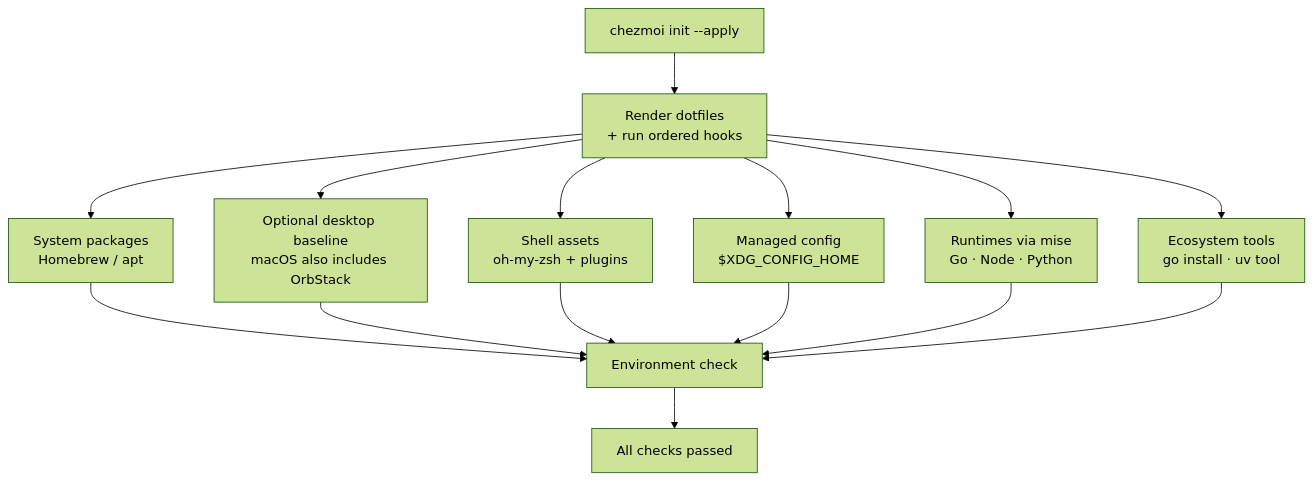
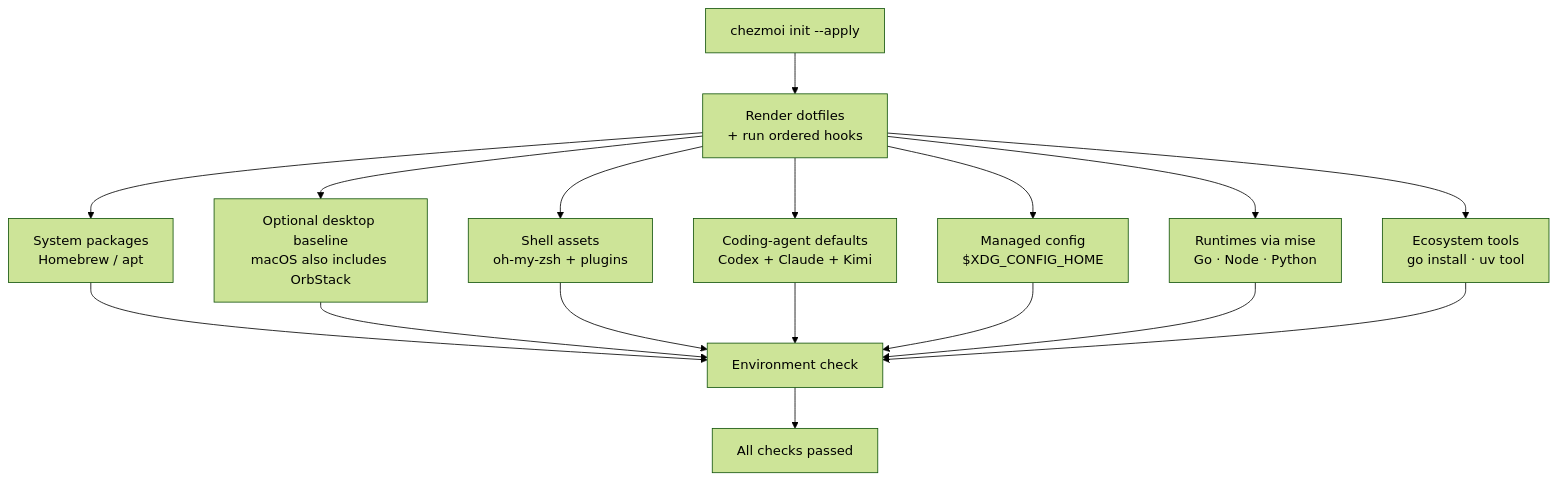
One commit to kangmingxuan/oh-my-devenv changed the diagram in README.md. Above: the diagram before and after it, drawn with Mermaid (forest theme). The commit also changed other lines of this file and 20 other files, not shown here.

First line of the commit message:
feat(agents): manage opinionated coding agent defaults (#32)

````diff
--- a/README.md
+++ b/README.md
@@ -30,17 +31,19 @@
 ```mermaid
 flowchart TD
     A["chezmoi init --apply"] --> B["Render dotfiles<br/>+ run ordered hooks"]
     B --> C["System packages<br/>Homebrew / apt"]
     B --> D["Optional desktop baseline<br/>macOS also includes OrbStack"]
     B --> E["Shell assets<br/>oh-my-zsh + plugins"]
+    B --> A1["Coding-agent defaults<br/>Codex + Claude + Kimi"]
     B --> X["Managed config<br/>$XDG_CONFIG_HOME"]
     B --> F["Runtimes via mise<br/>Go · Node · Python"]
     B --> G["Ecosystem tools<br/>go install · uv tool"]
     C --> H["Environment check"]
     D --> H
     E --> H
+    A1 --> H
     X --> H
     F --> H
     G --> H
     H --> I["All checks passed"]
 ```
````
